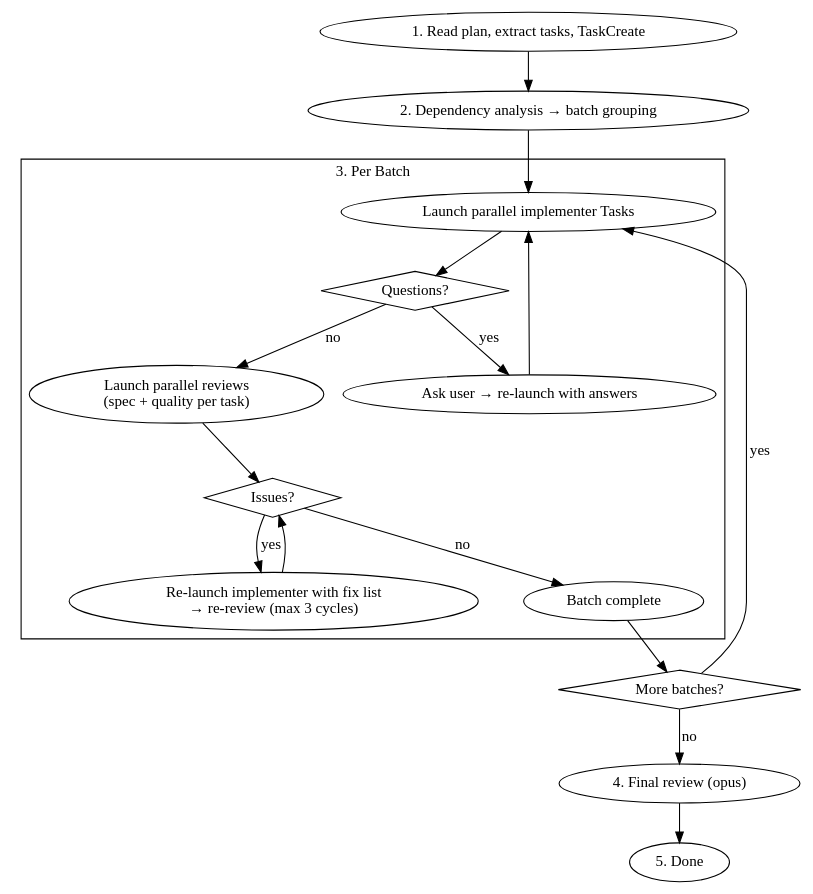
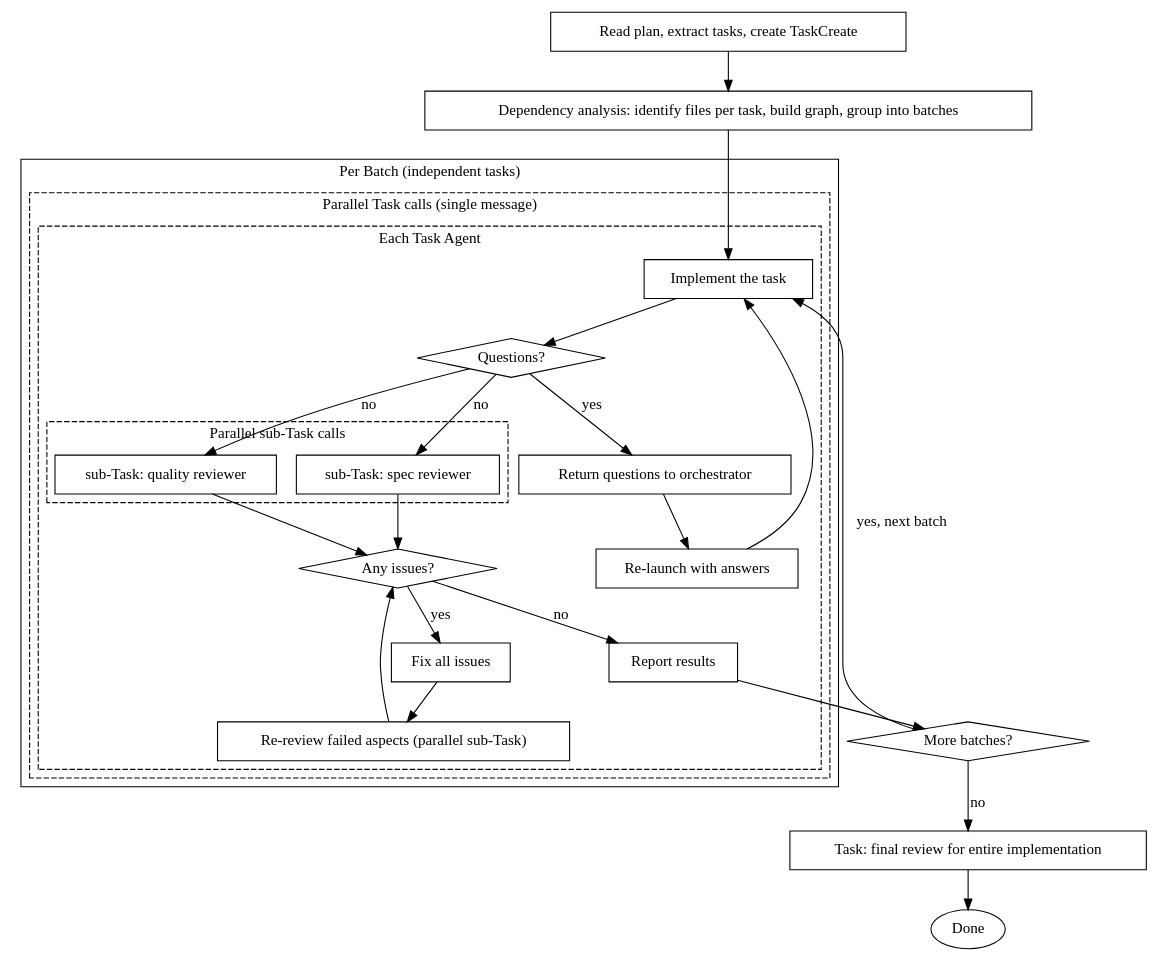
Before and after one commit to kslhunter/simplysm: the second of 2 diagrams in .claude/skills/sd-plan-dev/SKILL.md, drawn with Graphviz. The commit also changed other lines of this file, not shown here.

First line of the commit message:
docs(sd-plan-dev): rewrite skill for parallel Task agent execution model

````diff
--- a/.claude/skills/sd-plan-dev/SKILL.md
+++ b/.claude/skills/sd-plan-dev/SKILL.md
@@ -34,37 +38,60 @@
 ```dot
-digraph agent_mode {
+digraph process {
     rankdir=TB;
 
-    setup [label="1. Read plan, extract tasks, TaskCreate"];
-    deps [label="2. Dependency analysis → batch grouping"];
+    "Read plan, extract tasks, create TaskCreate" [shape=box];
+    "Dependency analysis: identify files per task, build graph, group into batches" [shape=box];
 
     subgraph cluster_batch {
-        label="3. Per Batch";
-        implement [label="Launch parallel implementer Tasks"];
-        questions [label="Questions?" shape=diamond];
-        ask [label="Ask user → re-launch with answers"];
-        reviews [label="Launch parallel reviews\n(spec + quality per task)"];
-        issues [label="Issues?" shape=diamond];
-        fix [label="Re-launch implementer with fix list\n→ re-review (max 3 cycles)"];
-        batch_done [label="Batch complete"];
+        label="Per Batch (independent tasks)";
+
+        subgraph cluster_parallel_tasks {
+            label="Parallel Task calls (single message)";
+            style=dashed;
+
+            subgraph cluster_task_agent {
+                label="Each Task Agent";
+                "Implement the task" [shape=box];
+                "Questions?" [shape=diamond];
+                "Return questions to orchestrator" [shape=box];
+                "Re-launch with answers" [shape=box];
+
+                subgraph cluster_nested_review {
+                    label="Parallel sub-Task calls";
+                    style=dashed;
+                    "sub-Task: spec reviewer" [shape=box];
+                    "sub-Task: quality reviewer" [shape=box];
+                }
+
+                "Any issues?" [shape=diamond];
+                "Fix all issues" [shape=box];
+                "Re-review failed aspects (parallel sub-Task)" [shape=box];
+                "Report results" [shape=box];
+            }
+        }
     }
 
-    more [label="More batches?" shape=diamond];
-    final [label="4. Final review (opus)"];
-    done [label="5. Done" shape=ellipse];
+    "More batches?" [shape=diamond];
+    "Task: final review for entire implementation" [shape=box];
+    "Done" [shape=ellipse];
 
-    setup -> deps -> implement;
-    implement -> questions;
-    questions -> ask [label="yes"];
-    ask -> implement;
-    questions -> reviews [label="no"];
-    reviews -> issues;
-    issues -> fix [label="yes"];
-    fix -> issues;
-    issues -> batch_done [label="no"];
-    batch_done -> more;
-    more -> implement [label="yes"];
-    more -> final [label="no"];
-    final -> done;
+    "Read plan, extract tasks, create TaskCreate" -> "Dependency analysis: identify files per task, build graph, group into batches";
+    "Dependency analysis: identify files per task, build graph, group into batches" -> "Implement the task";
+    "Implement the task" -> "Questions?";
+    "Questions?" -> "Return questions to orchestrator" [label="yes"];
+    "Return questions to orchestrator" -> "Re-launch with answers";
+    "Re-launch with answers" -> "Implement the task";
+    "Questions?" -> "sub-Task: spec reviewer" [label="no"];
+    "Questions?" -> "sub-Task: quality reviewer" [label="no"];
+    "sub-Task: spec reviewer" -> "Any issues?";
+    "sub-Task: quality reviewer" -> "Any issues?";
+    "Any issues?" -> "Fix all issues" [label="yes"];
+    "Fix all issues" -> "Re-review failed aspects (parallel sub-Task)";
+    "Re-review failed aspects (parallel sub-Task)" -> "Any issues?";
+    "Any issues?" -> "Report results" [label="no"];
+    "Report results" -> "More batches?";
+    "More batches?" -> "Implement the task" [label="yes, next batch"];
+    "More batches?" -> "Task: final review for entire implementation" [label="no"];
+    "Task: final review for entire implementation" -> "Done";
 }
 ```
````
